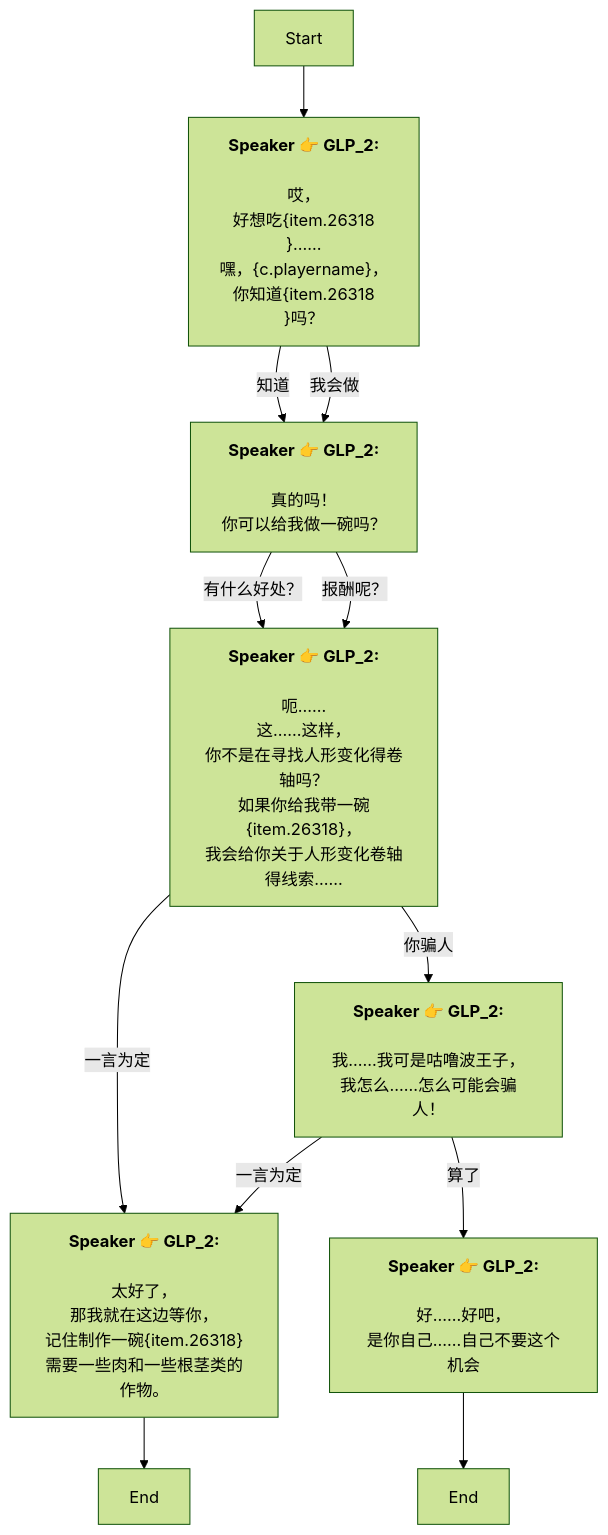
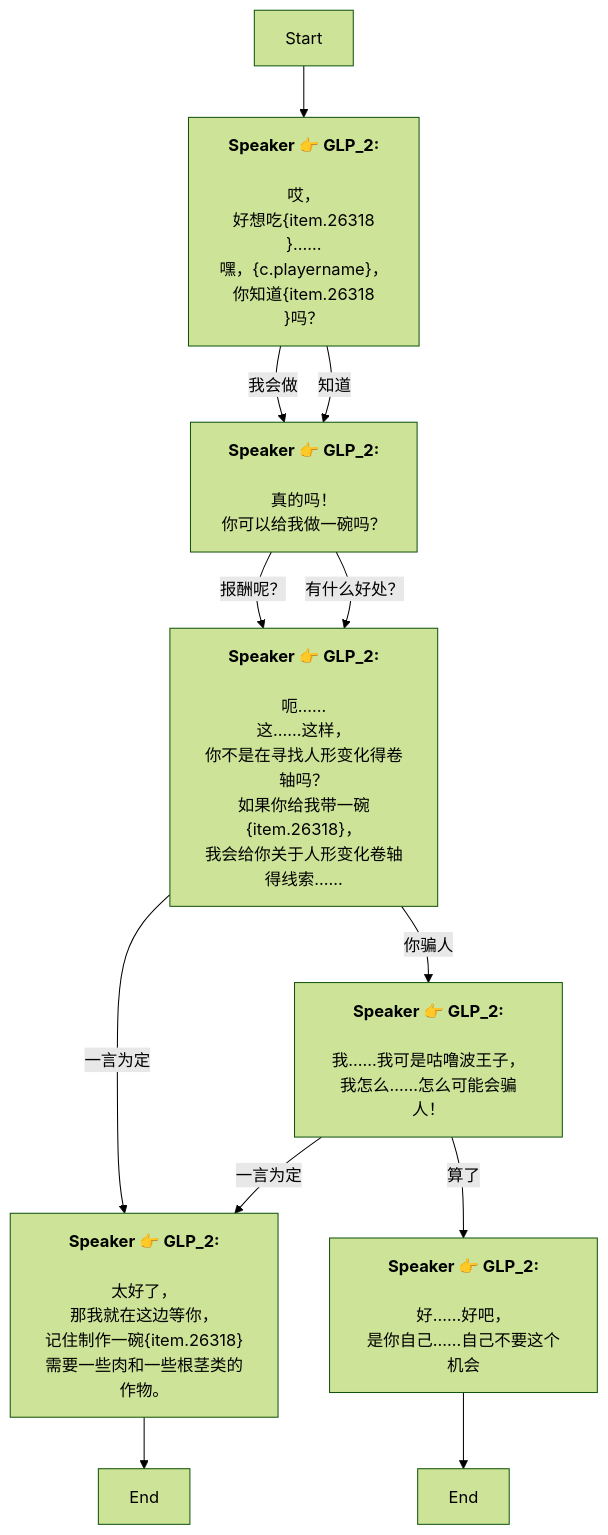
One commit to SoftHu/tos_avg changed the diagram in Zh/QuestTalkObjectiveNode_1761998734458584.md. Above: the diagram before and after it, drawn with Mermaid (forest theme). The commit also changed other lines of this file and 780 other files, not shown here.

````diff
--- a/Zh/QuestTalkObjectiveNode_1761998734458584.md
+++ b/Zh/QuestTalkObjectiveNode_1761998734458584.md
@@ -1,42 +1,42 @@
 ```mermaid
 graph
 Start -->1761998885248731[<b>Speaker 👉 GLP_2:</b>
 \n哎，
 好想吃&lbrace;item.26318
 &rbrace;……\n嘿，&lbrace;c.playername&rbrace;，
 你知道&lbrace;item.26318
 &rbrace;吗？]
+1761998885248731 -->|我会做|1761999334936289[<b>Speaker 👉 GLP_2:</b>
+\n真的吗！
+你可以给我做一碗吗？]
 1761998885248731 -->|知道|1761999334936289[<b>Speaker 👉 GLP_2:</b>
 \n真的吗！
 你可以给我做一碗吗？]
-1761998885248731 -->|我会做|1761999334936289[<b>Speaker 👉 GLP_2:</b>
-\n真的吗！
-你可以给我做一碗吗？]
+1761999334936289 -->|报酬呢？|1761999398122215[<b>Speaker 👉 GLP_2:</b>
+\n呃……
+这……这样，
+你不是在寻找人形变化得卷轴吗？\n如果你给我带一碗&lbrace;item.26318&rbrace;，
+我会给你关于人形变化卷轴得线索……]
 1761999334936289 -->|有什么好处？|1761999398122215[<b>Speaker 👉 GLP_2:</b>
 \n呃……
 这……这样，
 你不是在寻找人形变化得卷轴吗？\n如果你给我带一碗&lbrace;item.26318&rbrace;，
 我会给你关于人形变化卷轴得线索……]
-1761999334936289 -->|报酬呢？|1761999398122215[<b>Speaker 👉 GLP_2:</b>
-\n呃……
-这……这样，
-你不是在寻找人形变化得卷轴吗？\n如果你给我带一碗&lbrace;item.26318&rbrace;，
-我会给你关于人形变化卷轴得线索……]
-1761999398122215 -->|你骗人|1761999809644288[<b>Speaker 👉 GLP_2:</b>
-\n我……我可是咕噜波王子，
-我怎么……怎么可能会骗人！]
 1761999398122215 -->|一言为定|1761999863779073[<b>Speaker 👉 GLP_2:</b>
 \n太好了，
 那我就在这边等你，
 记住制作一碗&lbrace;item.26318&rbrace;需要一些肉和一些根茎类的作物。]
+1761999398122215 -->|你骗人|1761999809644288[<b>Speaker 👉 GLP_2:</b>
+\n我……我可是咕噜波王子，
+我怎么……怎么可能会骗人！]
+1761999809644288 -->|算了|1761999976316682[<b>Speaker 👉 GLP_2:</b>
+\n好……好吧，
+是你自己……自己不要这个机会]
 1761999809644288 -->|一言为定|1761999863779073[<b>Speaker 👉 GLP_2:</b>
 \n太好了，
 那我就在这边等你，
 记住制作一碗&lbrace;item.26318&rbrace;需要一些肉和一些根茎类的作物。]
-1761999809644288 -->|算了|1761999976316682[<b>Speaker 👉 GLP_2:</b>
-\n好……好吧，
-是你自己……自己不要这个机会]
 1761999863779073 -->1761999770123007[End]
 1761999976316682 -->1761999964552969[End]
 
 ```
````
